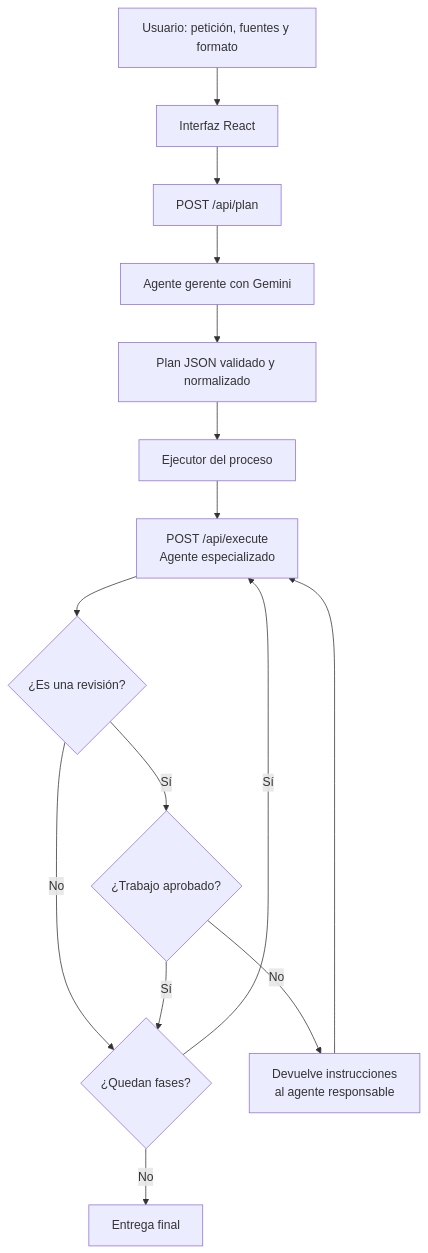
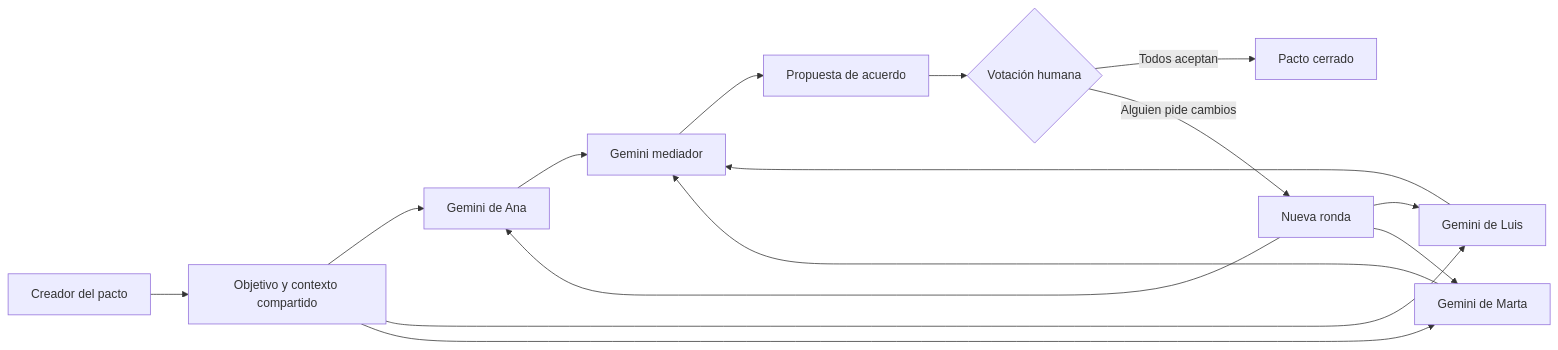
Before and after one commit to henar2004/nexo-pact: the diagram in README.md, drawn with Mermaid. The commit also changed other lines of this file and 12 other files, not shown here.

````diff
--- a/README.md
+++ b/README.md
@@ -55,17 +31,17 @@
 ```mermaid
-flowchart TD
-    U["Usuario: petición, fuentes y formato"] --> UI["Interfaz React"]
-    UI --> P["POST /api/plan"]
-    P --> G["Agente gerente con Gemini"]
-    G --> V["Plan JSON validado y normalizado"]
-    V --> E["Ejecutor del proceso"]
-    E --> A["POST /api/execute<br/>Agente especializado"]
-    A --> R{"¿Es una revisión?"}
-    R -- "No" --> N{"¿Quedan fases?"}
-    R -- "Sí" --> OK{"¿Trabajo aprobado?"}
-    OK -- "Sí" --> N
-    OK -- "No" --> C["Devuelve instrucciones<br/>al agente responsable"]
-    C --> A
-    N -- "Sí" --> A
-    N -- "No" --> F["Entrega final"]
+flowchart LR
+    U["Creador del pacto"] --> P["Objetivo y contexto compartido"]
+    P --> A1["Gemini de Ana"]
+    P --> A2["Gemini de Luis"]
+    P --> A3["Gemini de Marta"]
+    A1 --> M["Gemini mediador"]
+    A2 --> M
+    A3 --> M
+    M --> R["Propuesta de acuerdo"]
+    R --> V{"Votación humana"}
+    V -- "Todos aceptan" --> F["Pacto cerrado"]
+    V -- "Alguien pide cambios" --> N["Nueva ronda"]
+    N --> A1
+    N --> A2
+    N --> A3
 ```
````
